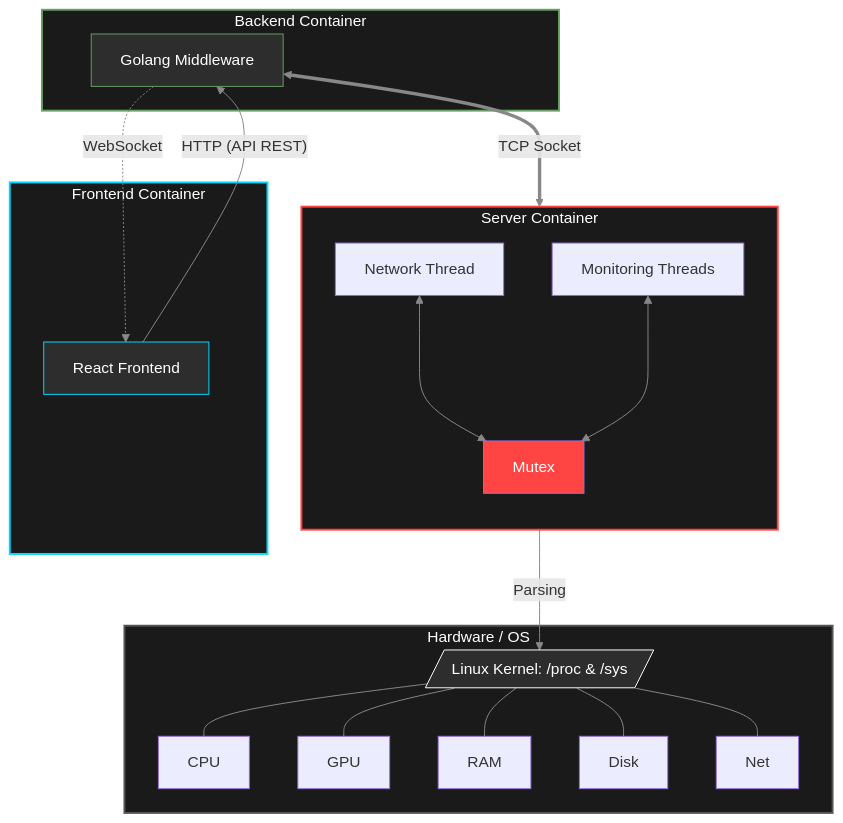
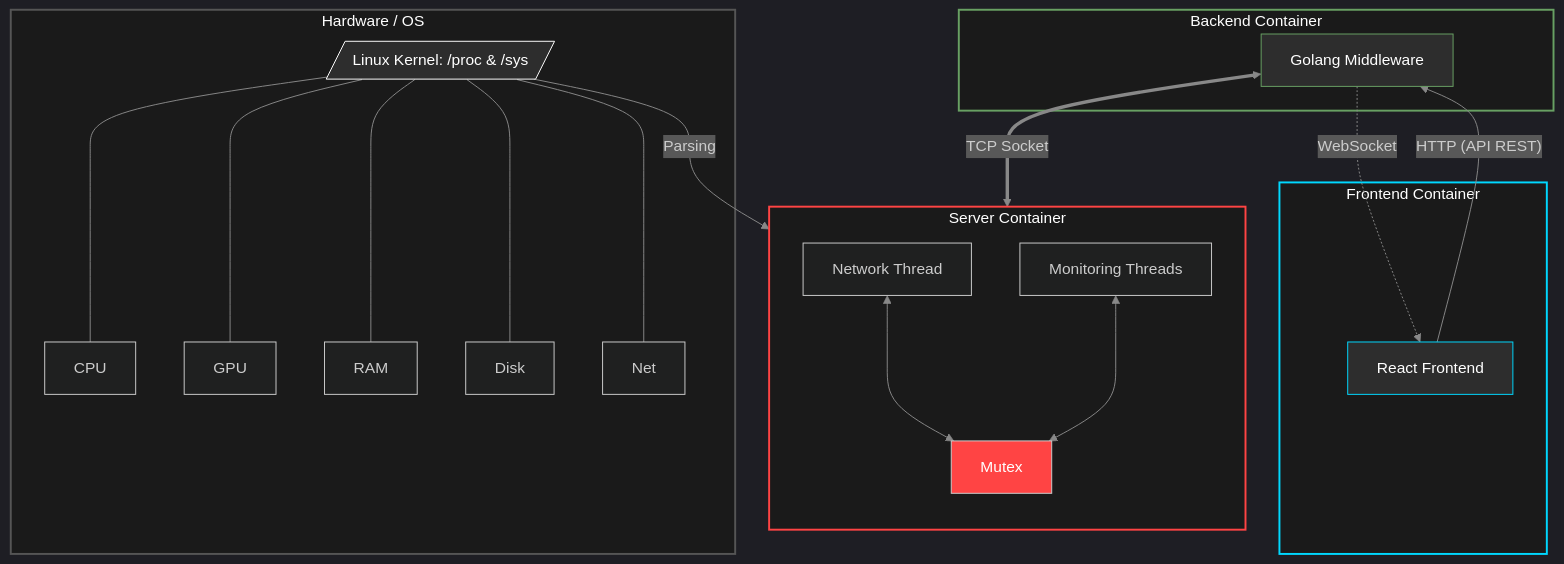
Before and after one commit to LucasM4r/RT-TELEMETRY-DASHBOARD: the diagram in README.md, drawn with Mermaid. The commit also changed other lines of this file and 101 other files, not shown here.

````diff
--- a/README.md
+++ b/README.md
@@ -3,52 +11,46 @@
 ```mermaid
-%%{init: {'themeVariables': { 'lineColor': '#888'}}}%%
-graph TD
-    subgraph Hardware [Hardware / OS]
-        Kernel[/Linux Kernel: /proc & /sys/]
-        CPU
-        GPU
-        RAM
-        Disk
-        Net
-        %% Conexão interna do Hardware
-        Kernel --- CPU
-        Kernel --- GPU
-        Kernel --- RAM
-        Kernel --- Disk
-        Kernel --- Net
-    end
+---
+config:
+  themeVariables:
+    lineColor: '#888'
+  theme: dark
+  layout: dagre
+---
+flowchart TB
+ subgraph Hardware["Hardware / OS"]
+        Kernel[/"Linux Kernel: /proc & /sys"/]
+        CPU["CPU"]
+        GPU["GPU"]
+        RAM["RAM"]
+        Disk["Disk"]
+        Net["Net"]
+  end
+ subgraph C_Server["Server Container"]
+    direction TB
+        NetThread["Network Thread"]
+        Mutex["Mutex"]
+        MonThreads["Monitoring Threads"]
+  end
+ subgraph Backend["Backend Container"]
+        Go["Golang Middleware"]
+  end
+ subgraph Client["Frontend Container"]
+        React["React Frontend"]
+  end
+    Kernel --- CPU & GPU & RAM & Disk & Net
+    NetThread <---> Mutex
+    MonThreads <---> Mutex
+    Kernel -- Parsing --> MonThreads
+    React -- HTTP (API REST) --> Go
+    Go -. WebSocket .-> React
+    Go <== TCP Socket ==> NetThread
 
-    subgraph C_Server [Server Container]
-        direction TB
-        NetThread[Network Thread]
-        Mutex[Mutex]
-        MonThreads[Monitoring Threads]
-        
-        NetThread <---> Mutex
-        MonThreads <---> Mutex
-    end
-
-    subgraph Backend [Backend Container]
-        Go[Golang Middleware]
-    end
-
-    subgraph Client [Frontend Container]
-        React[React Frontend]
-    end
-
-    %% Conexões Externas
-    MonThreads -- "Parsing" --> Kernel
-    React -- "HTTP (API REST)" --> Go
-    Go -. "WebSocket" .-> React
-    Go <== "TCP Socket" ==> NetThread
-
-    %% Estilização de Contêineres
+    style Kernel fill:#2d2d2d,stroke:#fff,color:#fff
+    style Mutex fill:#ff4444,color:#fff
+    style Go fill:#2d2d2d,stroke:#68a063,color:#fff
+    style React fill:#2d2d2d,stroke:#00d8ff,color:#fff
     style Hardware fill:#1a1a1a,stroke:#555,stroke-width:2px,color:#fff
-    style Kernel fill:#2d2d2d,stroke:#fff,color:#fff
     style C_Server fill:#1a1a1a,stroke:#ff4444,stroke-width:2px,color:#fff
-    style Mutex fill:#ff4444,color:#fff
     style Backend fill:#1a1a1a,stroke:#68a063,stroke-width:2px,color:#fff
-    style Go fill:#2d2d2d,stroke:#68a063,color:#fff
     style Client fill:#1a1a1a,stroke:#00d8ff,stroke-width:2px,color:#fff
-    style React fill:#2d2d2d,stroke:#00d8ff,color:#fff
 ```
````
